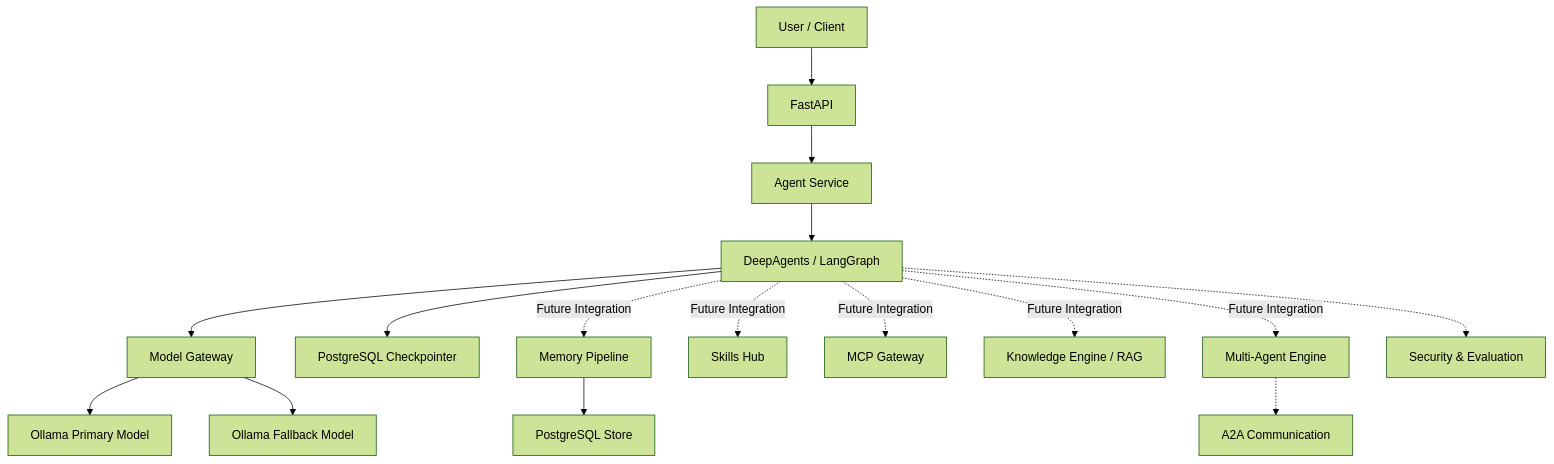
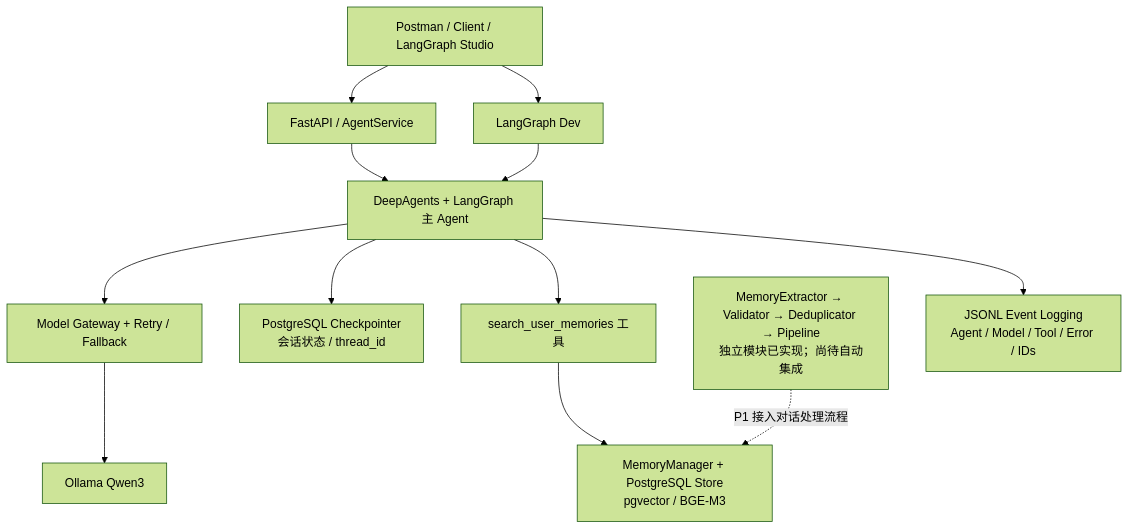
The diagram in README.md (zdx1216/HLW), drawn with Mermaid (forest theme) before and after one commit. The commit also changed other lines of this file and 4 other files, not shown here.

````diff
--- a/README.md
+++ b/README.md
@@ -84,18 +32,23 @@
 ```mermaid
-flowchart TD
-    A[User / Client] --> B[FastAPI]
-    B --> C[Agent Service]
-    C --> D[DeepAgents / LangGraph]
-    D --> E[Model Gateway]
-    E --> F[Ollama Primary Model]
-    E --> G[Ollama Fallback Model]
-    D --> H[PostgreSQL Checkpointer]
-    I[Memory Pipeline] --> J[PostgreSQL Store]
-    D -. Future Integration .-> I
-    D -. Future Integration .-> K[Skills Hub]
-    D -. Future Integration .-> L[MCP Gateway]
-    D -. Future Integration .-> M[Knowledge Engine / RAG]
-    D -. Future Integration .-> N[Multi-Agent Engine]
-    N -.-> O[A2A Communication]
-    D -.-> P[Security & Evaluation]
+flowchart TB
+    U[Postman / Client / LangGraph Studio]
+    API[FastAPI / AgentService]
+    DEV[LangGraph Dev]
+    G[DeepAgents + LangGraph 主 Agent]
+    GW[Model Gateway + Retry / Fallback]
+    LM[Ollama Qwen3]
+    CK[PostgreSQL Checkpointer\n会话状态 / thread_id]
+    MT[search_user_memories 工具]
+    MM[MemoryManager + PostgreSQL Store\npgvector / BGE-M3]
+    MP[MemoryExtractor → Validator → Deduplicator → Pipeline\n独立模块已实现；尚待自动集成]
+    LOG[JSONL Event Logging\nAgent / Model / Tool / Error / IDs]
+    U --> API
+    U --> DEV
+    API --> G
+    DEV --> G
+    G --> GW --> LM
+    G --> CK
+    G --> MT --> MM
+    MP -. P1 接入对话处理流程 .-> MM
+    G --> LOG
 ```
````
